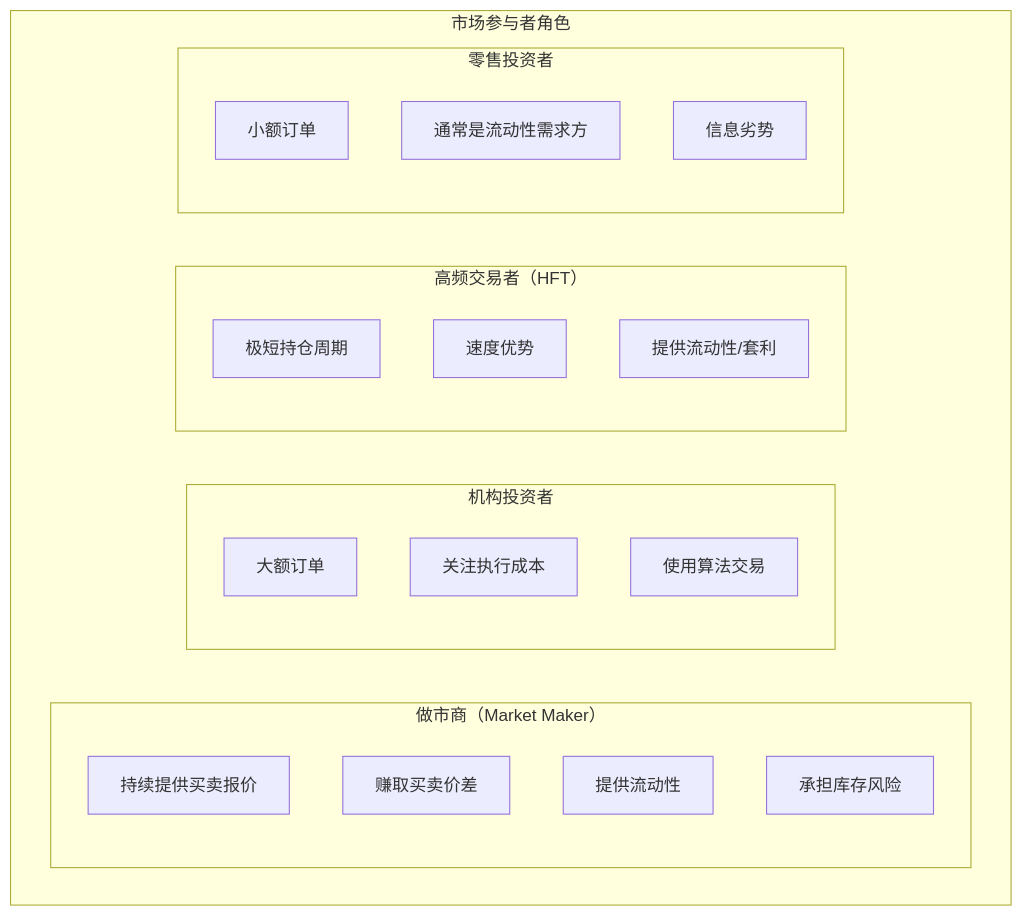
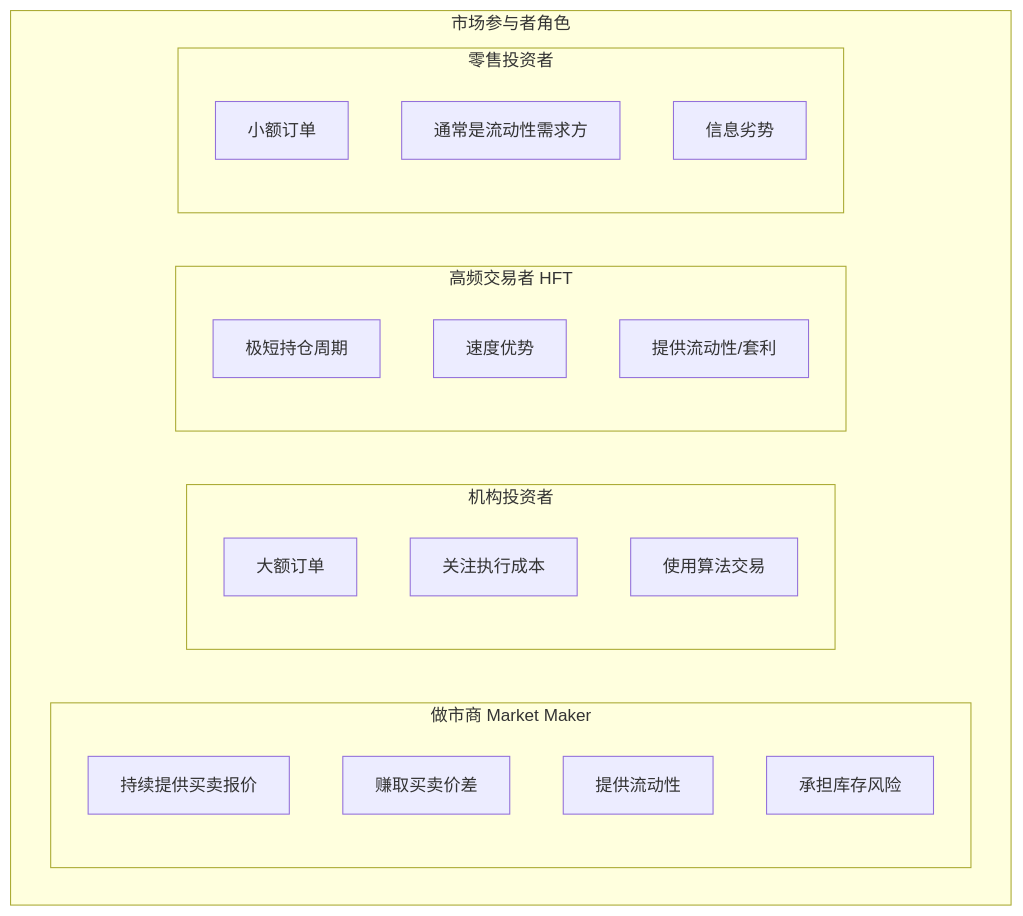
The second of 4 diagrams in content/articles/quant/quant-16-市场微结构.md (jpixy/jpixy.github.io), drawn with Mermaid before and after one commit. The commit also changed other lines of this file and 66 other files, not shown here.

Commit message:
fix: resolve Mermaid syntax errors by removing parentheses in node labels

````diff
--- a/content/articles/quant/quant-16-市场微结构.md
+++ b/content/articles/quant/quant-16-市场微结构.md
@@ -49,26 +49,26 @@
 ```mermaid
 graph TB
     subgraph 市场参与者角色
-        subgraph 做市商["做市商（Market Maker）"]
+        subgraph 做市商["做市商 Market Maker"]
             A1["持续提供买卖报价"]
             A2["赚取买卖价差"]
             A3["提供流动性"]
             A4["承担库存风险"]
         end
         subgraph 机构投资者
             B1["大额订单"]
             B2["关注执行成本"]
             B3["使用算法交易"]
         end
-        subgraph HFT["高频交易者（HFT）"]
+        subgraph HFT["高频交易者 HFT"]
             C1["极短持仓周期"]
             C2["速度优势"]
             C3["提供流动性/套利"]
         end
         subgraph 零售投资者
             D1["小额订单"]
             D2["通常是流动性需求方"]
             D3["信息劣势"]
         end
     end
 ```
````
